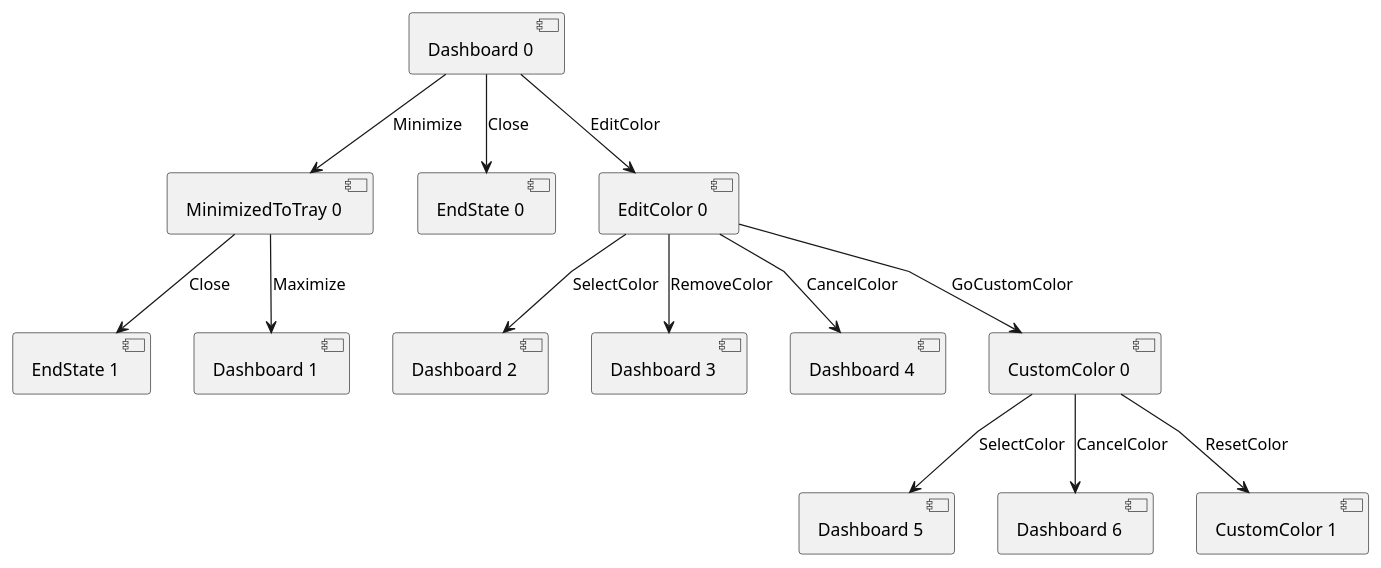
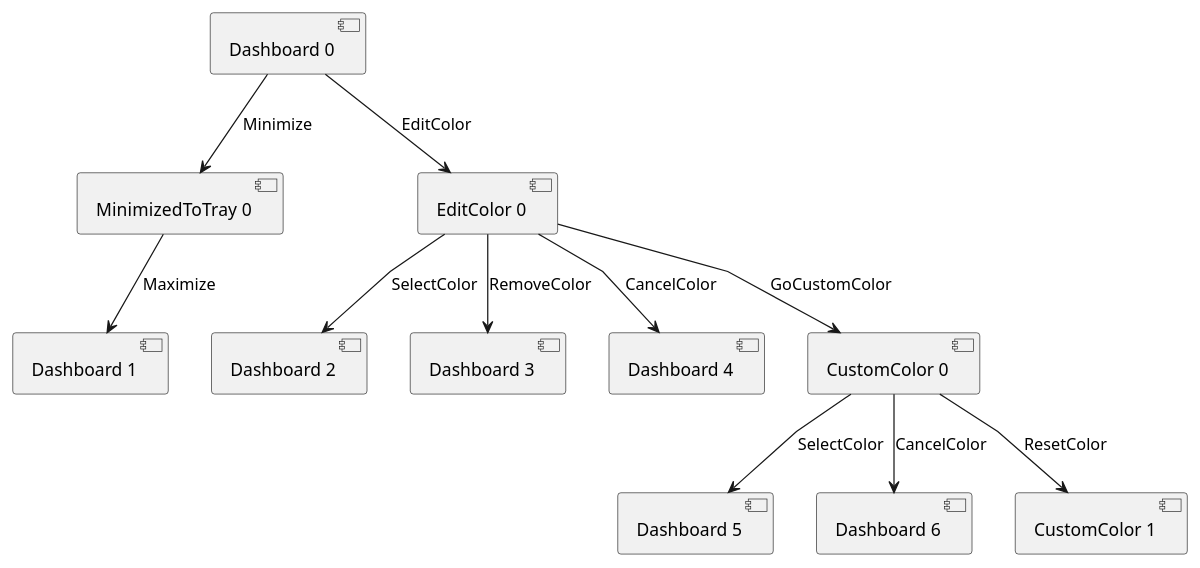
One commit to JoaoCostaIFG/tvvs changed the diagram in assignments/4_model_based_testing/transition_trees/transition_tree_3.puml. Above: the diagram before and after it, drawn with PlantUML. The commit also changed 3 other files, not shown here.

```diff
--- a/assignments/4_model_based_testing/transition_trees/transition_tree_3.puml
+++ b/assignments/4_model_based_testing/transition_trees/transition_tree_3.puml
@@ -1,19 +1,17 @@
 @startuml
 skinparam linetype polyline
 
 [Dashboard 0] -d-> [MinimizedToTray 0] : Minimize
-[Dashboard 0] -d-> [EndState 0] : Close
 [Dashboard 0] -d-> [EditColor 0] : EditColor
 
-[MinimizedToTray 0] -d-> [EndState 1] : Close
 [MinimizedToTray 0] -d-> [Dashboard 1] : Maximize
 
 [EditColor 0] -d-> [Dashboard 2] : SelectColor
 [EditColor 0] -d-> [Dashboard 3] : RemoveColor
 [EditColor 0] -d-> [Dashboard 4] : CancelColor
 [EditColor 0] -d-> [CustomColor 0] : GoCustomColor
 
 [CustomColor 0] -d-> [Dashboard 5] : SelectColor
 [CustomColor 0] -d-> [Dashboard 6] : CancelColor
 [CustomColor 0] -d-> [CustomColor 1] : ResetColor
 @enduml
```
